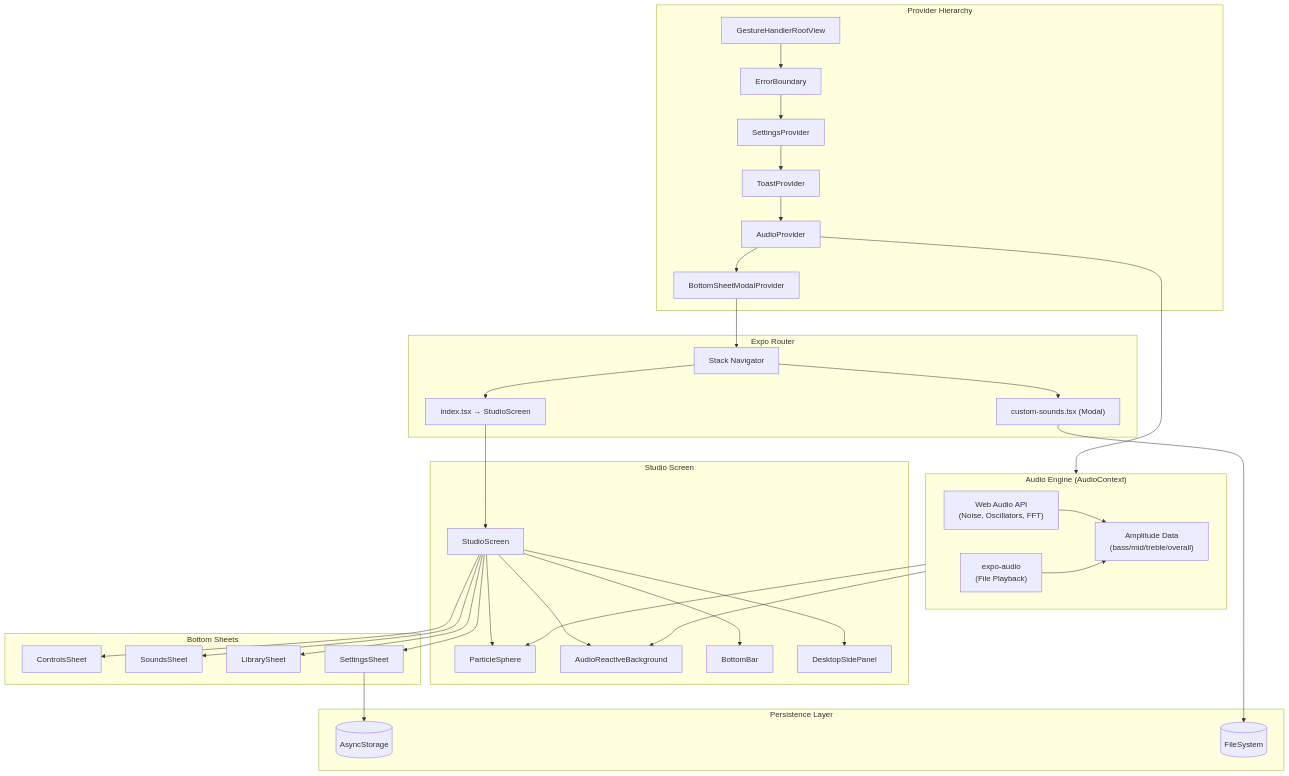
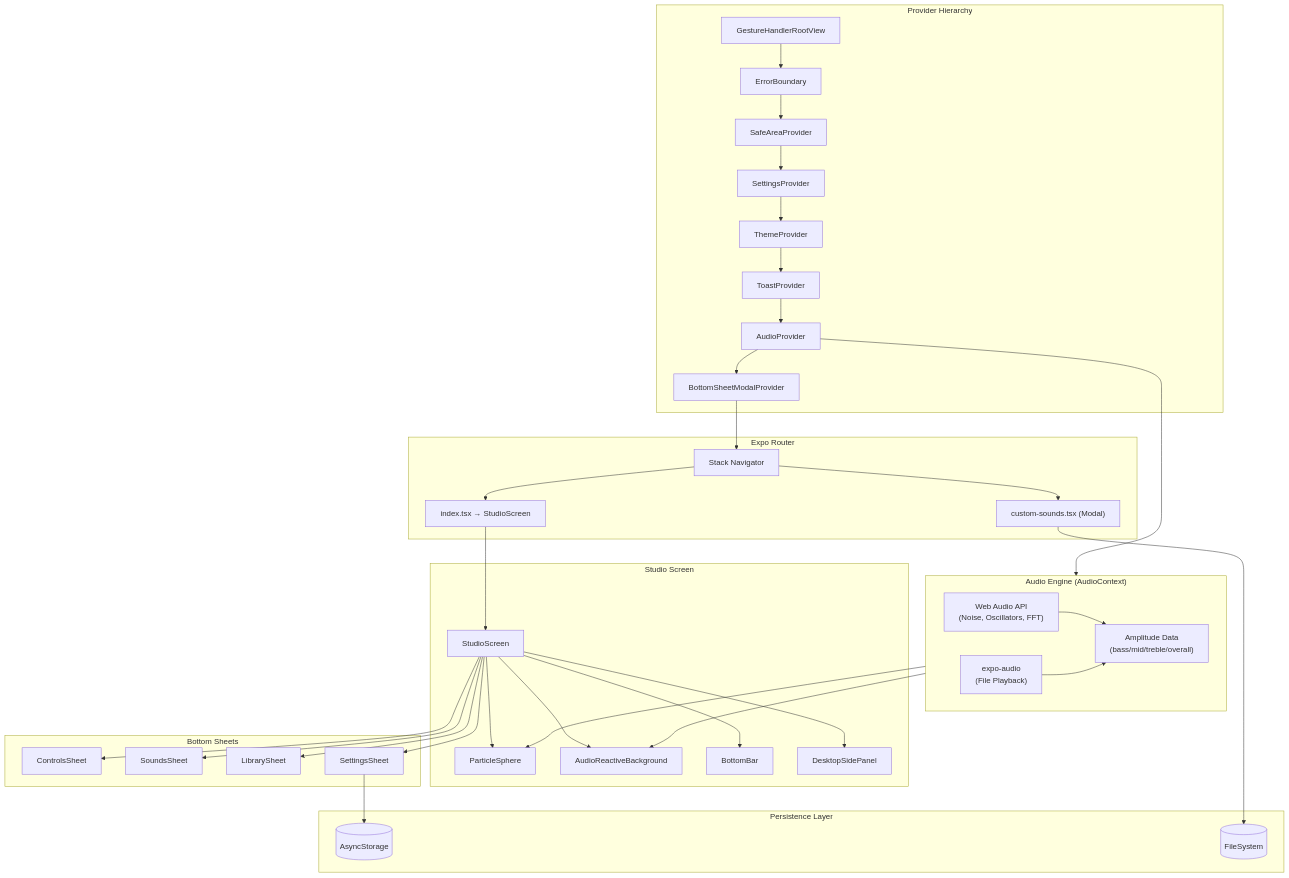
Before and after one commit to Technical-1/All-About-Me: the diagram in public/data/portfolio/Flux/architecture.md, drawn with Mermaid. The commit also changed other lines of this file and 54 other files, not shown here.

````diff
--- a/public/data/portfolio/Flux/architecture.md
+++ b/public/data/portfolio/Flux/architecture.md
@@ -5,70 +5,72 @@
 ```mermaid
 flowchart TD
     subgraph Providers["Provider Hierarchy"]
         GH[GestureHandlerRootView]
         EB[ErrorBoundary]
+        SAP[SafeAreaProvider]
         SP[SettingsProvider]
+        ThP[ThemeProvider]
         TP[ToastProvider]
         AP[AudioProvider]
         BSP[BottomSheetModalProvider]
-        GH --> EB --> SP --> TP --> AP --> BSP
+        GH --> EB --> SAP --> SP --> ThP --> TP --> AP --> BSP
     end
 
     subgraph Navigation["Expo Router"]
         Stack[Stack Navigator]
         Index["index.tsx → StudioScreen"]
         CustomSounds["custom-sounds.tsx (Modal)"]
         Stack --> Index
         Stack --> CustomSounds
     end
 
     BSP --> Stack
 
     subgraph Studio["Studio Screen"]
         SS[StudioScreen]
         PS[ParticleSphere]
         ARB[AudioReactiveBackground]
         BB[BottomBar]
         DSP[DesktopSidePanel]
 
         SS --> PS
         SS --> ARB
         SS --> BB
         SS --> DSP
     end
 
     Index --> SS
 
     subgraph Sheets["Bottom Sheets"]
         CS[ControlsSheet]
         SndS[SoundsSheet]
         LS[LibrarySheet]
         SetS[SettingsSheet]
     end
 
     SS --> CS
     SS --> SndS
     SS --> LS
     SS --> SetS
 
     subgraph AudioEngine["Audio Engine (AudioContext)"]
         direction LR
         WebAudio["Web Audio API\n(Noise, Oscillators, FFT)"]
         NativeAudio["expo-audio\n(File Playback)"]
         Amplitude["Amplitude Data\n(bass/mid/treble/overall)"]
         WebAudio --> Amplitude
         NativeAudio --> Amplitude
     end
 
     AP --> AudioEngine
     Amplitude --> PS
     Amplitude --> ARB
 
     subgraph Storage["Persistence Layer"]
         AS[(AsyncStorage)]
         FS[(FileSystem)]
     end
 
     SetS --> AS
     CustomSounds --> FS
 ```
````
